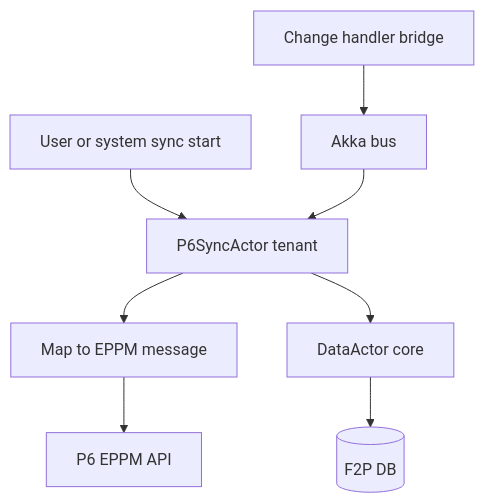
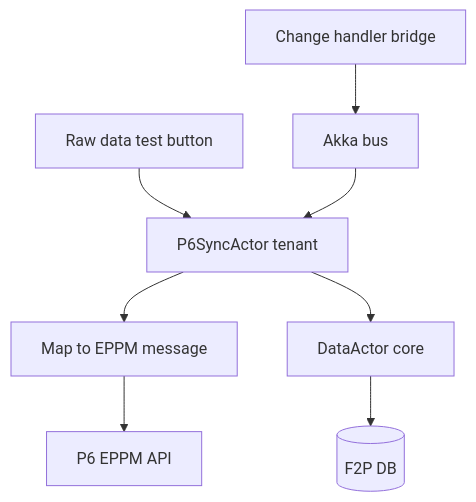
The third of 4 diagrams in docs/floor2plan-akka-actor-integration-design.md (robbertF2P/Sandbox), drawn with Mermaid before and after one commit. The commit also changed other lines of this file, not shown here.

Commit message:
Clarify raw data button as connector bypass quick test

````diff
--- a/docs/floor2plan-akka-actor-integration-design.md
+++ b/docs/floor2plan-akka-actor-integration-design.md
@@ -133,10 +133,10 @@
 ```mermaid
 flowchart TB
-  BTN["User or system sync start"] --> P6["P6SyncActor tenant"]
+  BTN["Raw data test button"] --> P6["P6SyncActor tenant"]
   CH["Change handler bridge"] --> BUS["Akka bus"]
   BUS --> P6
   P6 --> MAP["Map to EPPM message"]
   MAP --> P6API["P6 EPPM API"]
   P6 --> DATA["DataActor core"]
   DATA --> DB[("F2P DB")]
 ```
````
